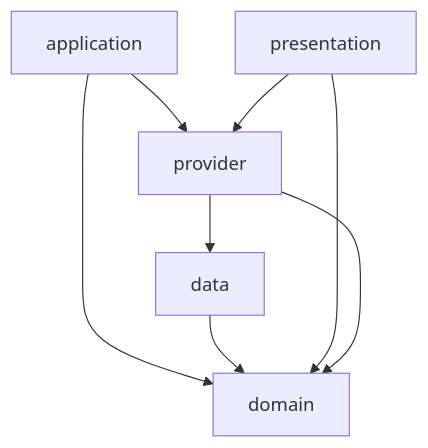
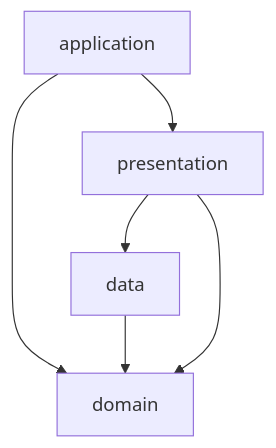
The diagram in lib/features/shoppinglist/DEPS.md (repinw/yamt), drawn with Mermaid before and after one commit. The commit also changed 107 other files, not shown here.

Commit message:
ref(yamt): architecture fix

````diff
--- a/lib/features/shoppinglist/DEPS.md
+++ b/lib/features/shoppinglist/DEPS.md
@@ -6,10 +6,8 @@
 ```mermaid
 flowchart TD;
 application-->domain;
-application-->provider;
+application-->presentation;
 data-->domain;
+presentation-->data;
 presentation-->domain;
-presentation-->provider;
-provider-->data;
-provider-->domain;
 ```
````
